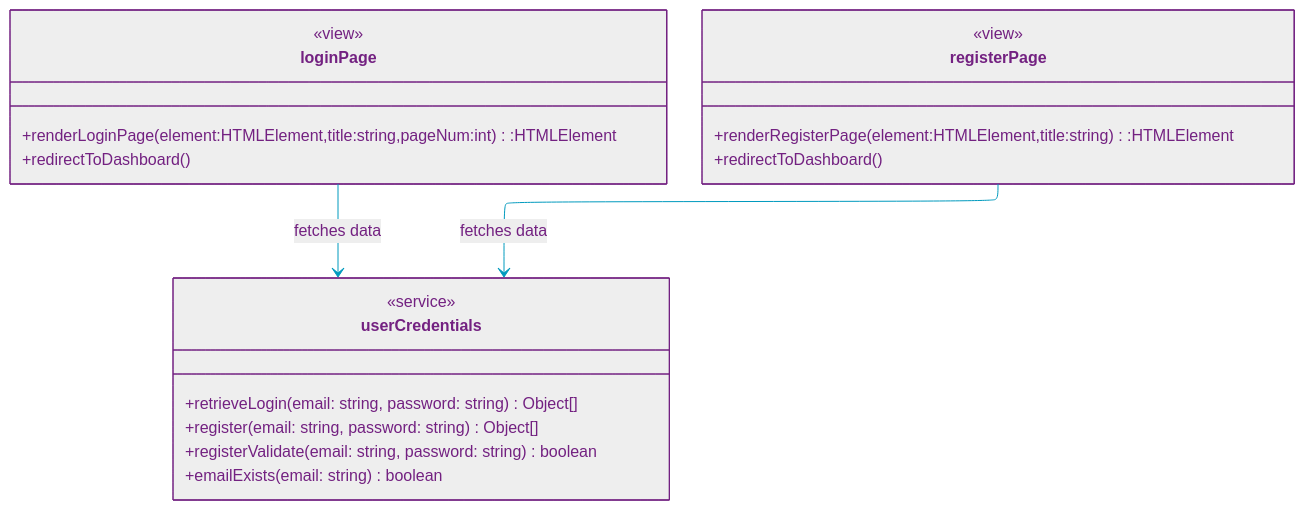
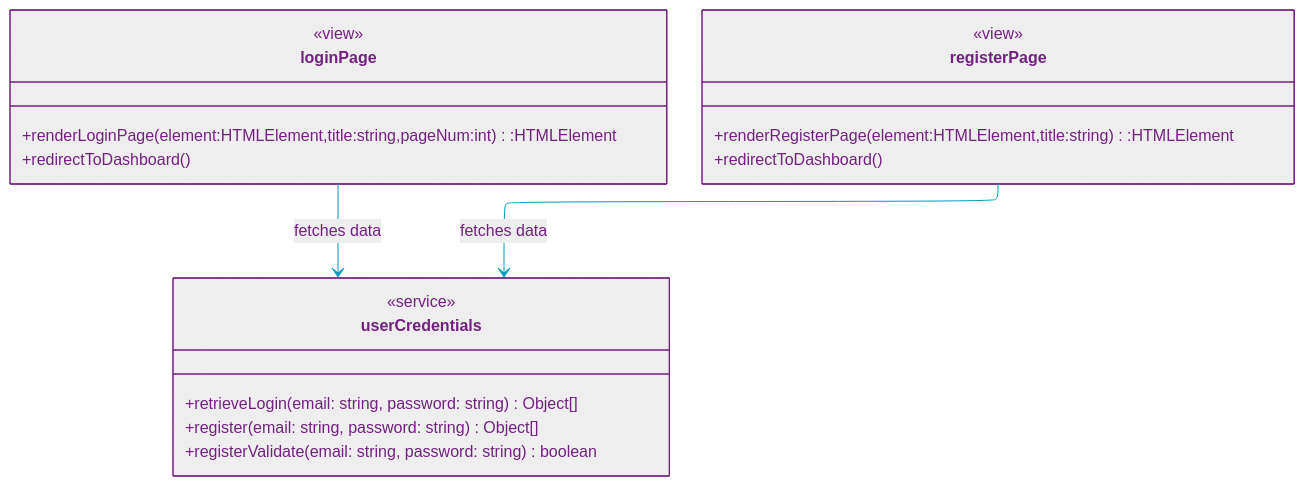
The diagram in uml/icd.md (null-0ne/COSA-195-Gamehub), drawn with Mermaid before and after one commit. The commit also changed 5 other files, not shown here.

````diff
--- a/uml/icd.md
+++ b/uml/icd.md
@@ -3,37 +3,36 @@
 ```mermaid
 %%{init:{"securityLevel":"loose","layout":"elk","elk":{"nodePlacementStrategy":"NETWORK_SIMPLEX"},"theme":"base",
 "themeVariables":{"primaryColor":"#EEE","primaryTextColor":"#732181","primaryBorderColor":"#732181","lineColor":"#009ABE","noteBorderColor":"#732181","noteBkgColor":"#F38A00","activationBkgColor":"#F38A00"    }
 }}%%
 %%----------------------- MERMAID MARKUP BELOW --------------------%%
 classDiagram
 %%  direction LR
 
     class loginPage {
     <<view>>
         +renderLoginPage(element:HTMLElement,title:string,pageNum:int):HTMLElement
         +redirectToDashboard()
     }
 
     class registerPage {
     <<view>>
         +renderRegisterPage(element:HTMLElement,title:string):HTMLElement
         +redirectToDashboard()
     }
 
 
     %% Relationships
     loginPage --> userCredentials : fetches data
     registerPage --> userCredentials : fetches data
 
 %%----- Services -----%%
 
 class userCredentials{
     <<service>>
     +retrieveLogin(email: string, password: string) Object[]
     +register(email: string, password: string) Object[]
     +registerValidate(email: string, password: string) boolean
-    +emailExists(email: string) boolean
 }
 
 %%----------------------- MERMAID MARKUP ABOVE --------------------%%    
 ```
````
